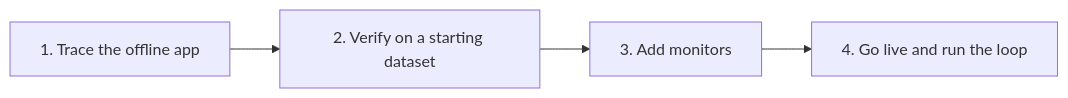
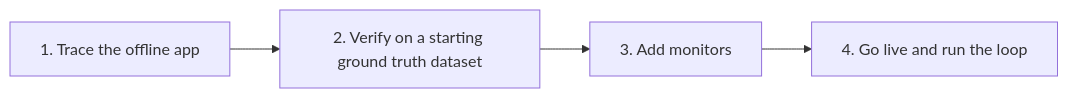
The diagram in content/blog/2026-10-22-regulated-industries-ai-agents-production.mdx (langfuse/langfuse-docs), drawn with Mermaid before and after one commit. The commit also changed other lines of this file, not shown here.

````diff
--- a/content/blog/2026-10-22-regulated-industries-ai-agents-production.mdx
+++ b/content/blog/2026-10-22-regulated-industries-ai-agents-production.mdx
@@ -41,6 +41,6 @@
 ```mermaid
 flowchart LR
-    A["1. Trace the offline app"] --> B["2. Verify on a starting dataset"]
+    A["1. Trace the offline app"] --> B["2. Verify on a starting ground truth dataset"]
     B --> C["3. Add monitors"]
     C --> D["4. Go live and run the loop"]
 ```
````
